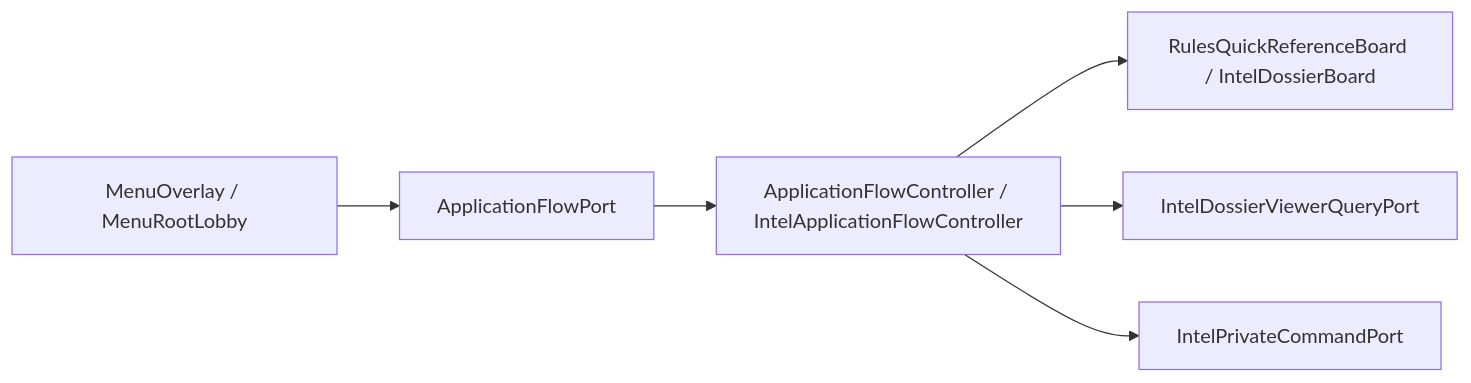
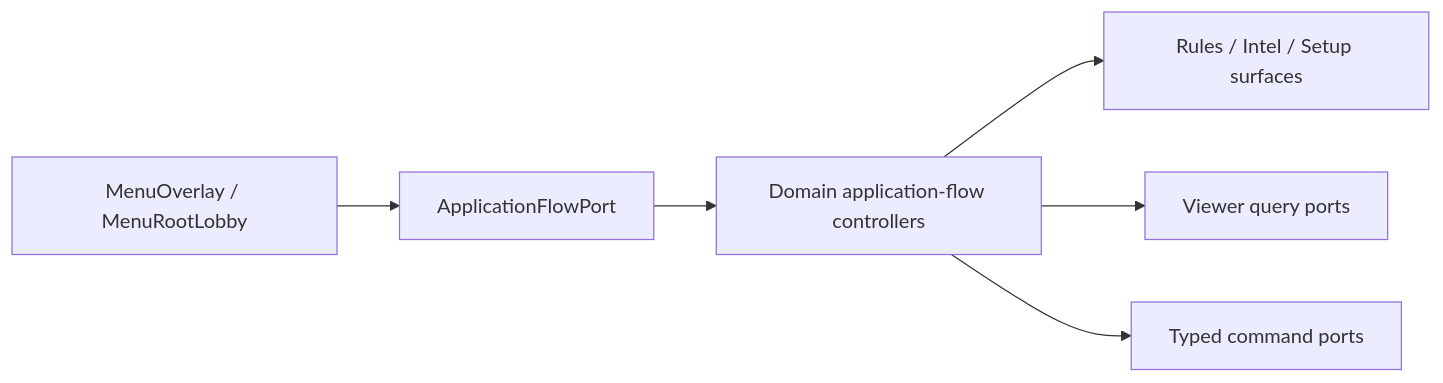
One commit to zhuyeyang979-glitch/space-syndicate changed the diagram in docs/migration/main_application_flow_handler_inventory.md. Above: the diagram before and after it, drawn with Mermaid. The commit also changed other lines of this file and 67 other files, not shown here.

````diff
--- a/docs/migration/main_application_flow_handler_inventory.md
+++ b/docs/migration/main_application_flow_handler_inventory.md
@@ -45,8 +47,8 @@
 ```mermaid
 flowchart LR
   Q[MenuOverlay / MenuRootLobby] --> P[ApplicationFlowPort]
-  P --> H[ApplicationFlowController / IntelApplicationFlowController]
-  H --> R[RulesQuickReferenceBoard / IntelDossierBoard]
-  H --> V[IntelDossierViewerQueryPort]
-  H --> C[IntelPrivateCommandPort]
+  P --> H[Domain application-flow controllers]
+  H --> R[Rules / Intel / Setup surfaces]
+  H --> V[Viewer query ports]
+  H --> C[Typed command ports]
 ```
````
